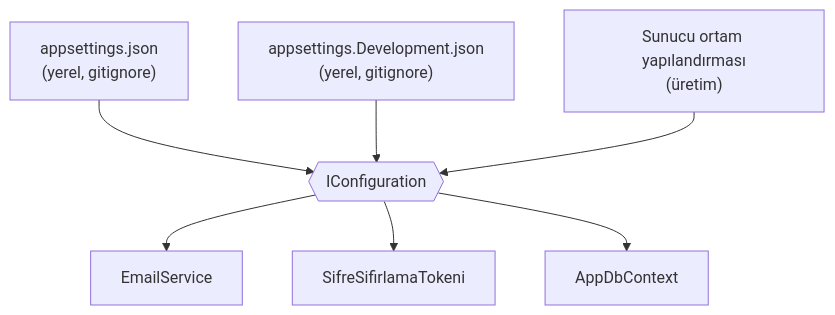
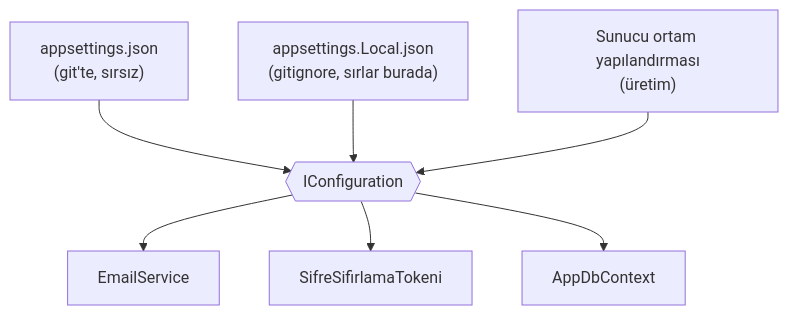
Before and after one commit to jagwey/manga-web: the sixth of 6 diagrams in README.md, drawn with Mermaid. The commit also changed other lines of this file and 2 other files, not shown here.

Commit message:
fix: Brevo anahtarini takipli appsettings'ten cikar, README ve PROGRESS guncelle
EmailSettings ve Site:Url bos sablon olarak appsettings.json'a eklendi.
Gercek SMTP kimligi gitignore'daki appsettings.Local.json'da tutulur.

````diff
--- a/README.md
+++ b/README.md
@@ -238,9 +238,9 @@
 ```mermaid
 flowchart TD
-    A["appsettings.json<br/>(yerel, gitignore)"] --> M{{"IConfiguration"}}
-    B["appsettings.Development.json<br/>(yerel, gitignore)"] --> M
+    A["appsettings.json<br/>(git'te, sırsız)"] --> M{{"IConfiguration"}}
+    B["appsettings.Local.json<br/>(gitignore, sırlar burada)"] --> M
     C["Sunucu ortam yapılandırması<br/>(üretim)"] --> M
     M --> E["EmailService"]
     M --> T["SifreSifirlamaTokeni"]
     M --> D["AppDbContext"]
 ```
````
